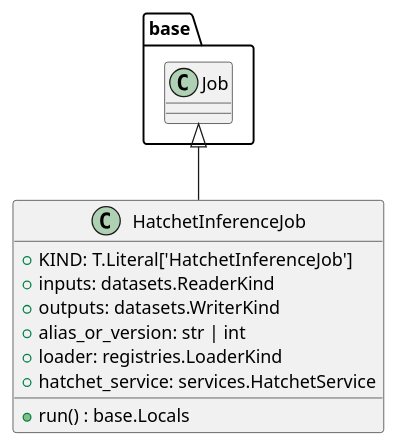
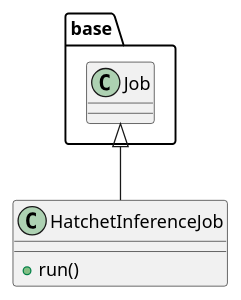
One commit to lgcorzo/llmops-python-package changed the diagram in openwiki/src/autogen_team/application/jobs/hatchet_inference.md. Above: the diagram before and after it, drawn with PlantUML. The commit also changed other lines of this file and 77 other files, not shown here.

````diff
--- a/openwiki/src/autogen_team/application/jobs/hatchet_inference.md
+++ b/openwiki/src/autogen_team/application/jobs/hatchet_inference.md
@@ -52,14 +89,8 @@
 ```plantuml
 @startuml
-    base.Job <|-- HatchetInferenceJob
-    class HatchetInferenceJob {
-        +KIND: T.Literal['HatchetInferenceJob']
-        +inputs: datasets.ReaderKind
-        +outputs: datasets.WriterKind
-        +alias_or_version: str | int
-        +loader: registries.LoaderKind
-        +hatchet_service: services.HatchetService
-        +run() : base.Locals
-    }
+class HatchetInferenceJob {
+  + run()
+}
+base.Job <|-- HatchetInferenceJob
 @enduml
 ```
````
